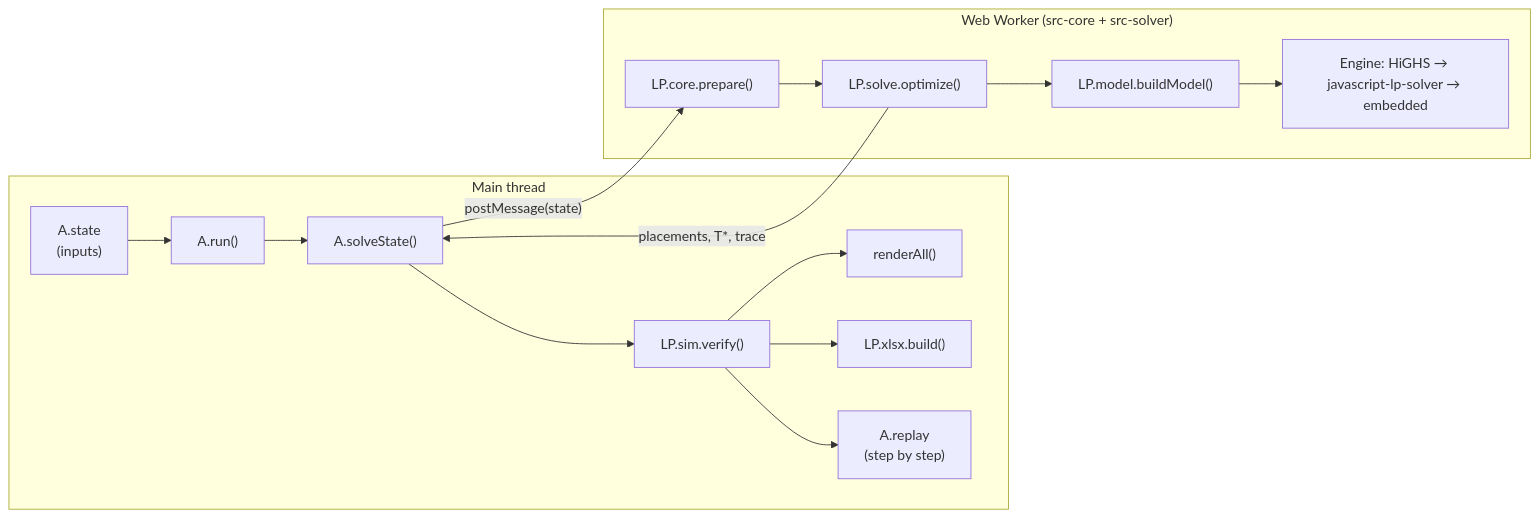
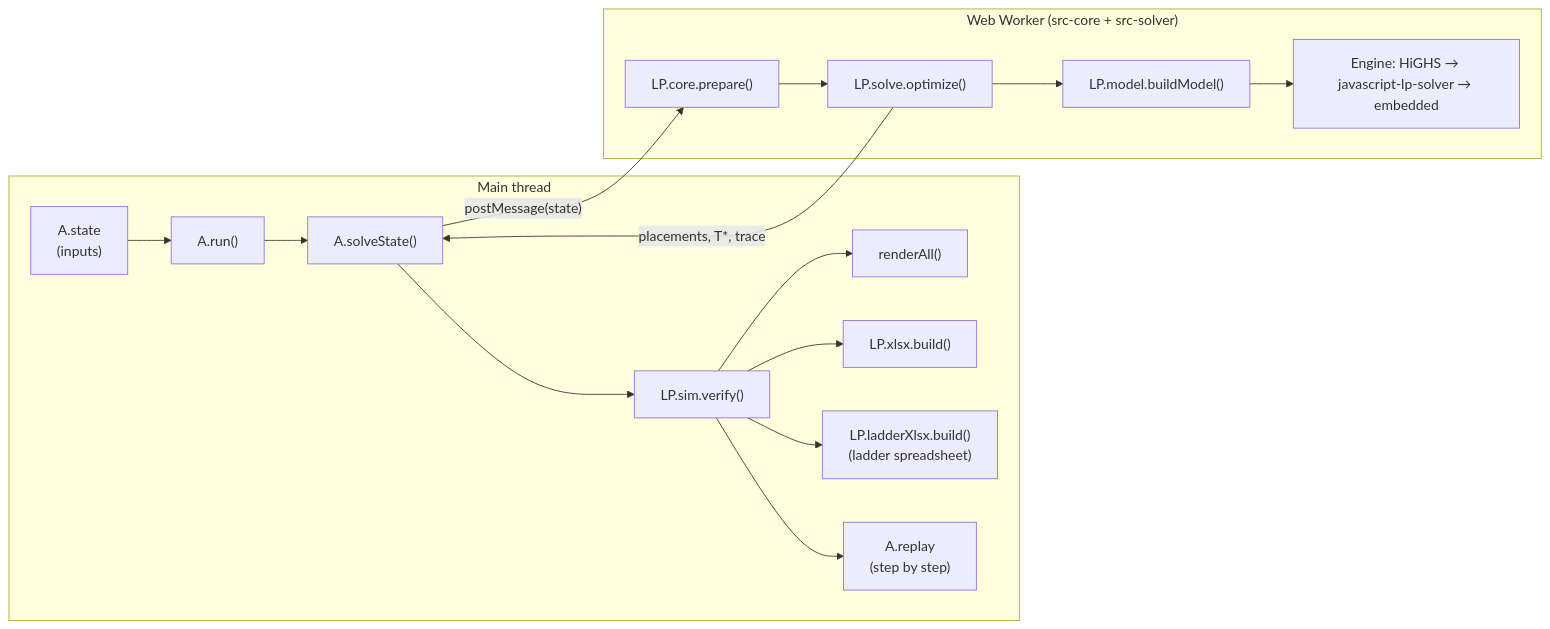
Before and after one commit to julianhilgemann/liquiplan-app: the second of 2 diagrams in README.md, drawn with Mermaid. The commit also changed other lines of this file and 50 other files, not shown here.

First line of the commit message:
Handbook, changelog and the ladder as a spreadsheet (1.3) (#6)

````diff
--- a/README.md
+++ b/README.md
@@ -350,18 +373,19 @@
 ```mermaid
 flowchart LR
     subgraph main["Main thread"]
         S["A.state<br/>(inputs)"] --> R["A.run()"]
         R --> SS["A.solveState()"]
         SS --> V["LP.sim.verify()"]
         V --> RA["renderAll()"]
         V --> X["LP.xlsx.build()"]
+        V --> LX["LP.ladderXlsx.build()<br/>(ladder spreadsheet)"]
         V --> RP["A.replay<br/>(step by step)"]
     end
     subgraph worker["Web Worker (src-core + src-solver)"]
         PR["LP.core.prepare()"] --> OPT["LP.solve.optimize()"]
         OPT --> BM["LP.model.buildModel()"]
         BM --> EN["Engine: HiGHS → javascript-lp-solver → embedded"]
     end
     SS -- "postMessage(state)" --> PR
     OPT -- "placements, T*, trace" --> SS
 ```
````
